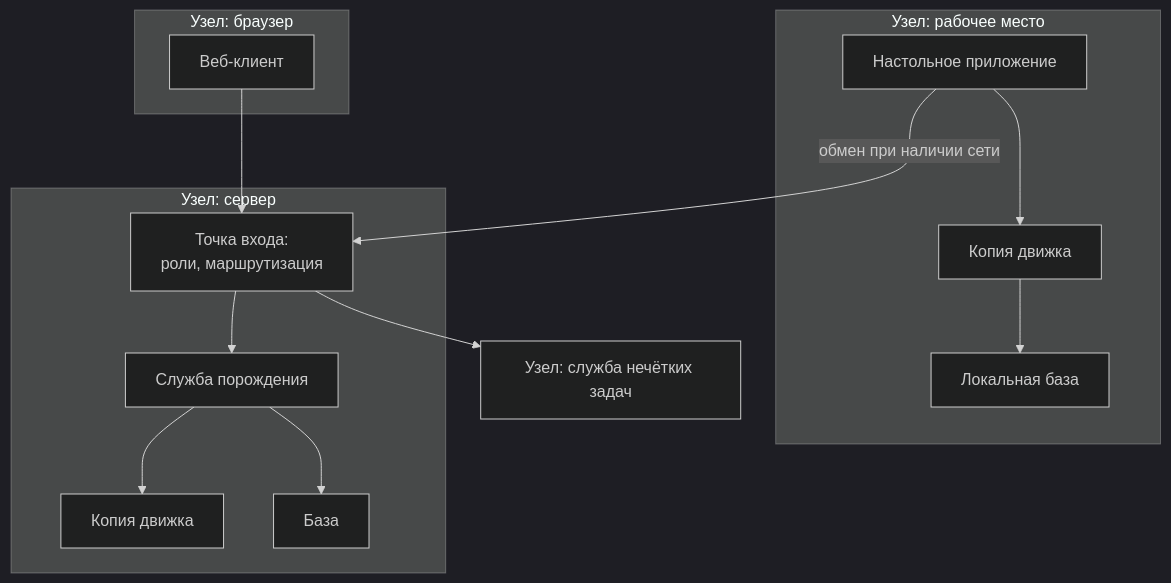
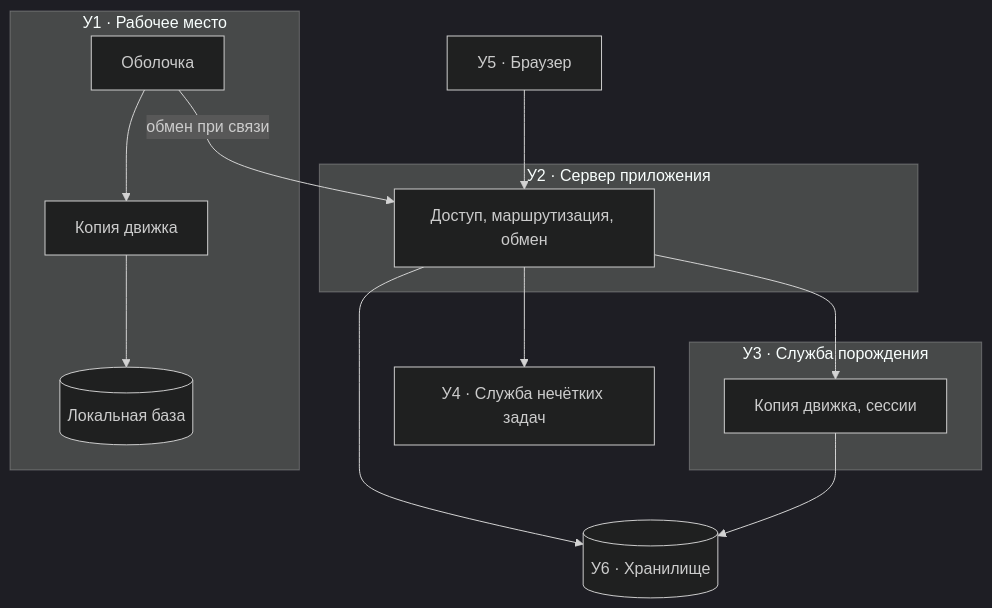
One commit to ventanolemon/GenerationWeb changed the fourth of 4 diagrams in docs/thesis/05-chapter-arcadia.md. Above: the diagram before and after it, drawn with Mermaid (dark theme). The commit also changed other lines of this file and 20 other files, not shown here.

````diff
--- a/docs/thesis/05-chapter-arcadia.md
+++ b/docs/thesis/05-chapter-arcadia.md
@@ -413,25 +418,25 @@
 ```mermaid
 flowchart TB
-    subgraph N1 [Узел: рабочее место]
-        D1["Настольное приложение"]
+    subgraph N1 [У1 · Рабочее место]
+        D1["Оболочка"]
         D2["Копия движка"]
-        D3["Локальная база"]
+        D3[("Локальная база")]
     end
-    subgraph N2 [Узел: сервер]
-        S1["Точка входа:<br/>роли, маршрутизация"]
-        S2["Служба порождения"]
-        S3["Копия движка"]
-        S4["База"]
+    subgraph N2 [У2 · Сервер приложения]
+        S1["Доступ, маршрутизация, обмен"]
     end
-    subgraph N3 [Узел: браузер]
-        W1["Веб-клиент"]
+    subgraph N3 [У3 · Служба порождения]
+        S2["Копия движка, сессии"]
     end
-    N4["Узел: служба нечётких задач"]
+    W1["У5 · Браузер"]
+    N4["У4 · Служба нечётких задач"]
+    F[("У6 · Хранилище")]
 
     W1 --> S1
-    D1 -->|"обмен при наличии сети"| S1
-    S1 --> S2 --> S3
+    D1 -->|"обмен при связи"| S1
+    S1 --> S2
     S1 --> N4
-    S2 --> S4
+    S2 --> F
+    S1 --> F
     D1 --> D2 --> D3
 ```
````
